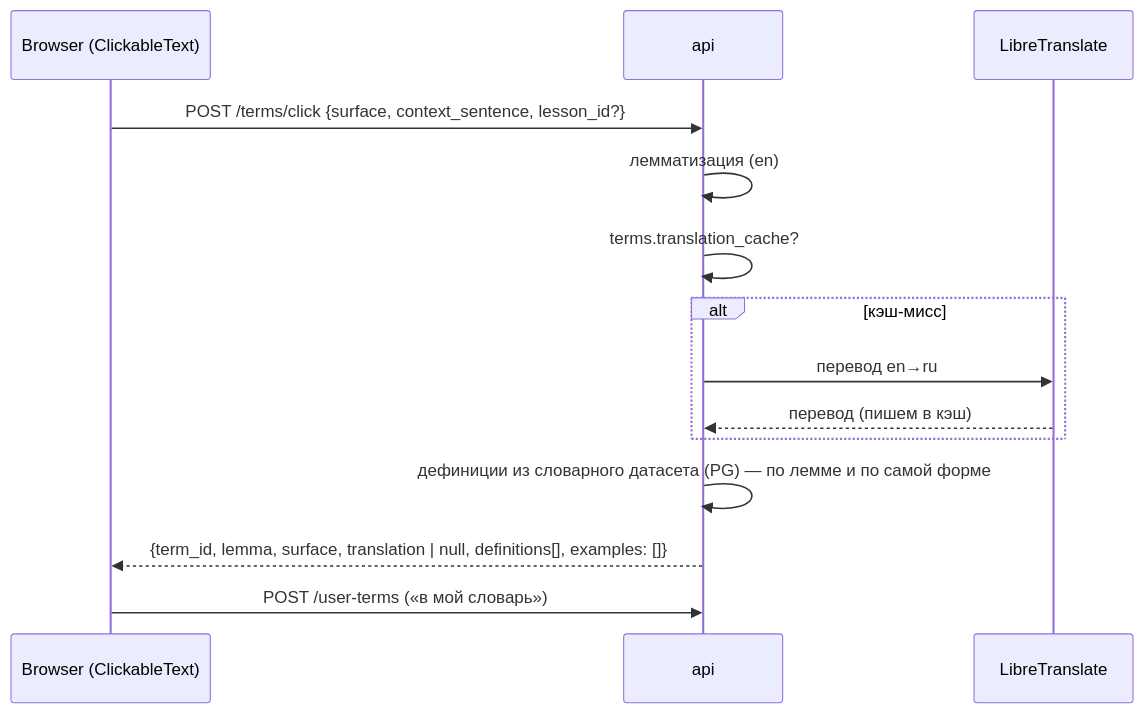
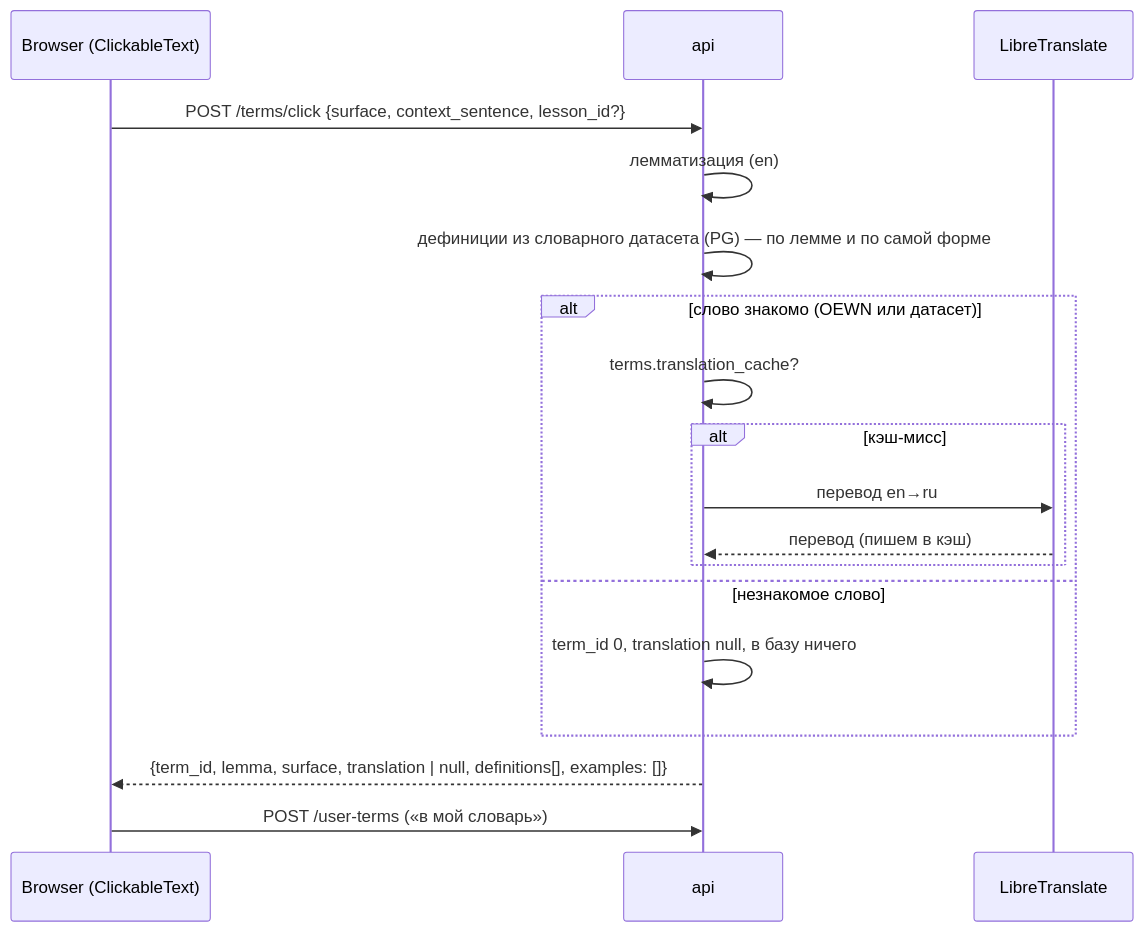
The diagram in docs/architecture/flows/word-click.md (IEZhu/class), drawn with Mermaid before and after one commit. The commit also changed other lines of this file and 1 other file, not shown here.

Commit message:
docs: текущий фокус и поток клика после правок ревью волны A
«Текущий фокус»: правки ревью волны A влиты, S2-1…S2-3 (◐) ждут живого
прогона с ключом AssemblyAI. word-click.md: дефиниции ищутся первыми,
незнакомое слово получает term_id 0 без перевода и записи в базу
(ADR-017). Сводка по этапам уже совпадает со статусами в таблицах.

Claude-Session: https://claude.ai/code/session_01WKP9kyx3YCdtV7YUUpVUsW

````diff
--- a/docs/architecture/flows/word-click.md
+++ b/docs/architecture/flows/word-click.md
@@ -9,16 +9,20 @@
 ```mermaid
 sequenceDiagram
     participant B as Browser (ClickableText)
     participant A as api
     participant LT as LibreTranslate
     B->>A: POST /terms/click {surface, context_sentence, lesson_id?}
     A->>A: лемматизация (en)
-    A->>A: terms.translation_cache?
-    alt кэш-мисс
-        A->>LT: перевод en→ru
-        LT-->>A: перевод (пишем в кэш)
+    A->>A: дефиниции из словарного датасета (PG) — по лемме и по самой форме
+    alt слово знакомо (OEWN или датасет)
+        A->>A: terms.translation_cache?
+        alt кэш-мисс
+            A->>LT: перевод en→ru
+            LT-->>A: перевод (пишем в кэш)
+        end
+    else незнакомое слово
+        A->>A: term_id 0, translation null, в базу ничего
     end
-    A->>A: дефиниции из словарного датасета (PG) — по лемме и по самой форме
     A-->>B: {term_id, lemma, surface, translation | null, definitions[], examples: []}
     B->>A: POST /user-terms («в мой словарь»)
 ```
````
